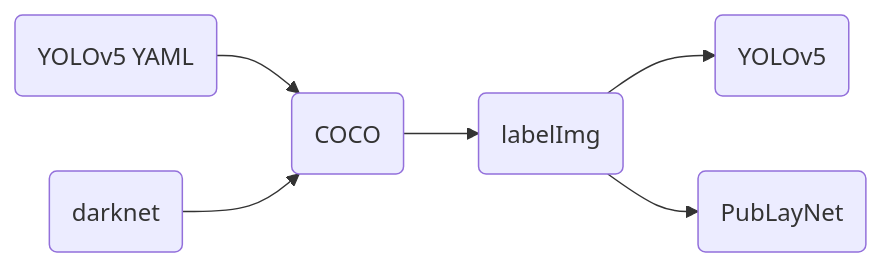
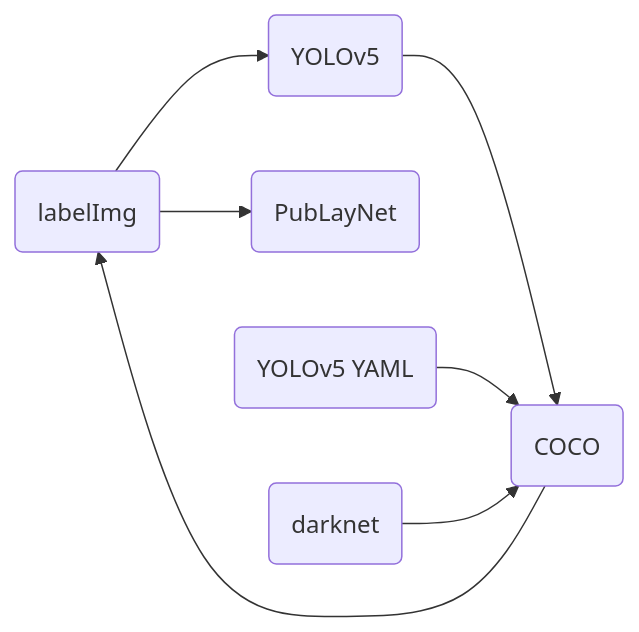
Before and after one commit to RapidAI/LabelConvert: the diagram in content/docs/overview.md, drawn with Mermaid.

Commit message:
Update convert map

````diff
--- a/content/docs/overview.md
+++ b/content/docs/overview.md
@@ -36,9 +36,10 @@
 ```mermaid
 flowchart LR
 
 A(labelImg) --> B(YOLOv5)
 A --> C(PubLayNet)
 D(COCO) --> A
+B --> D
 E(YOLOv5 YAML) --> D
 F(darknet) --> D
 ```
````
